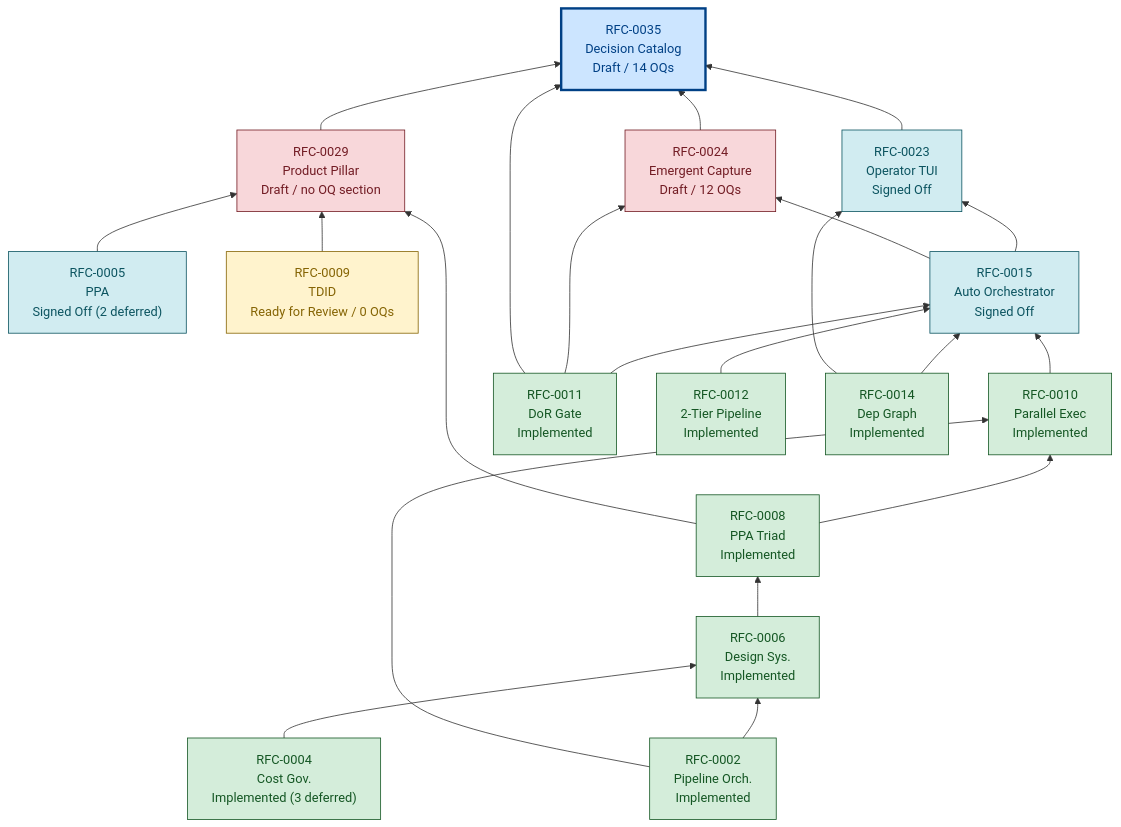
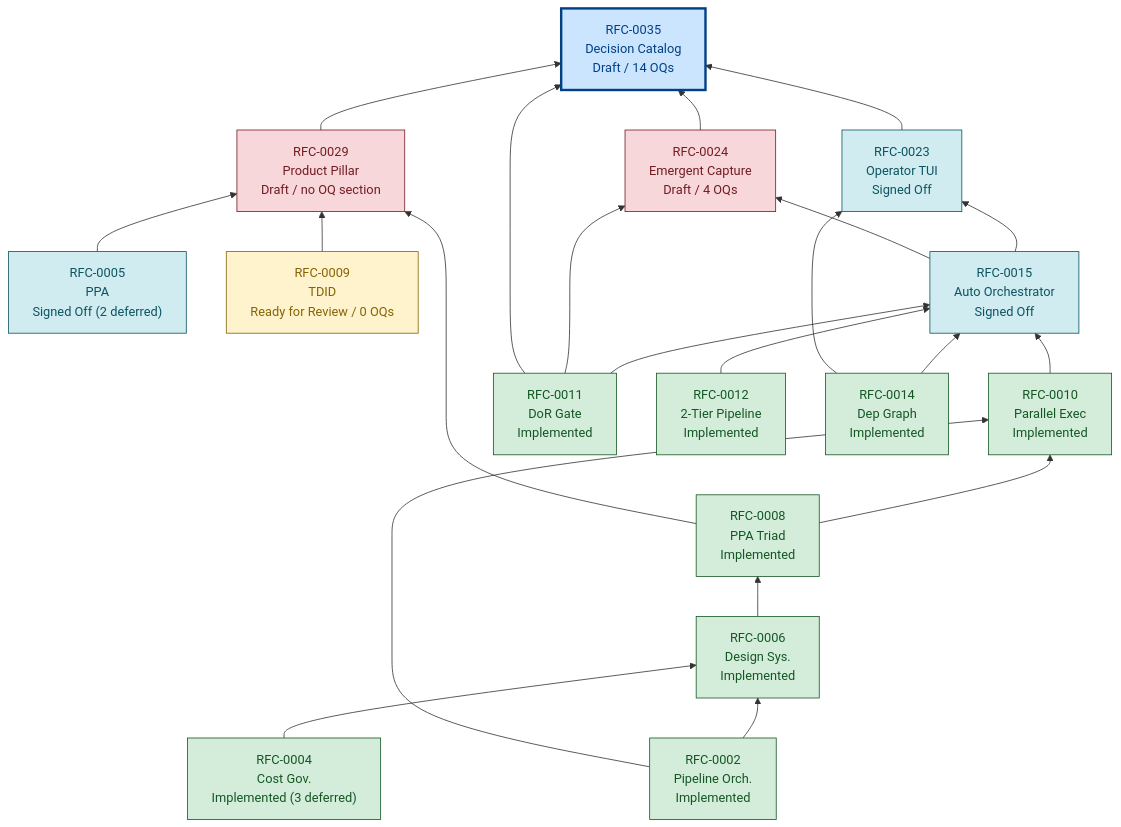
Before and after one commit to ai-sdlc-framework/ai-sdlc: the diagram in spec/rfcs/README.md, drawn with Mermaid. The commit also changed other lines of this file and 1 other file, not shown here.

````diff
--- a/spec/rfcs/README.md
+++ b/spec/rfcs/README.md
@@ -442,55 +443,55 @@
 ```mermaid
 graph BT
     %% Critical-path graph rooted at RFC-0035 (Decision Catalog)
     %% Edge direction: child requires parent (bottom-up)
     %% Color: green = design locked, blue = signed off, yellow = ready for review / 0 OQs draft, red = OQs open, bold = target
 
     RFC0002["RFC-0002<br/>Pipeline Orch.<br/>Implemented"]
     RFC0004["RFC-0004<br/>Cost Gov.<br/>Implemented (3 deferred)"]
     RFC0005["RFC-0005<br/>PPA<br/>Signed Off (2 deferred)"]
     RFC0006["RFC-0006<br/>Design Sys.<br/>Implemented"]
     RFC0008["RFC-0008<br/>PPA Triad<br/>Implemented"]
     RFC0009["RFC-0009<br/>TDID<br/>Ready for Review / 0 OQs"]
     RFC0010["RFC-0010<br/>Parallel Exec<br/>Implemented"]
     RFC0011["RFC-0011<br/>DoR Gate<br/>Implemented"]
     RFC0012["RFC-0012<br/>2-Tier Pipeline<br/>Implemented"]
     RFC0014["RFC-0014<br/>Dep Graph<br/>Implemented"]
     RFC0015["RFC-0015<br/>Auto Orchestrator<br/>Signed Off"]
     RFC0023["RFC-0023<br/>Operator TUI<br/>Signed Off"]
-    RFC0024["RFC-0024<br/>Emergent Capture<br/>Draft / 12 OQs"]
+    RFC0024["RFC-0024<br/>Emergent Capture<br/>Draft / 4 OQs"]
     RFC0029["RFC-0029<br/>Product Pillar<br/>Draft / no OQ section"]
     RFC0035["RFC-0035<br/>Decision Catalog<br/>Draft / 14 OQs"]
 
     RFC0002 --> RFC0006
     RFC0004 --> RFC0006
     RFC0006 --> RFC0008
     RFC0002 --> RFC0010
     RFC0008 --> RFC0010
     RFC0010 --> RFC0015
     RFC0011 --> RFC0015
     RFC0012 --> RFC0015
     RFC0014 --> RFC0015
     RFC0014 --> RFC0023
     RFC0015 --> RFC0023
     RFC0011 --> RFC0024
     RFC0015 --> RFC0024
     RFC0005 --> RFC0029
     RFC0008 --> RFC0029
     RFC0009 --> RFC0029
     RFC0011 --> RFC0035
     RFC0023 --> RFC0035
     RFC0024 --> RFC0035
     RFC0029 --> RFC0035
 
     classDef implemented fill:#d4edda,stroke:#155724,color:#155724
     classDef signedOff fill:#d1ecf1,stroke:#0c5460,color:#0c5460
     classDef readyOrZero fill:#fff3cd,stroke:#856404,color:#856404
     classDef draftOpen fill:#f8d7da,stroke:#721c24,color:#721c24
     classDef target fill:#cce5ff,stroke:#004085,color:#004085,stroke-width:3px
 
     class RFC0002,RFC0004,RFC0006,RFC0008,RFC0010,RFC0011,RFC0012,RFC0014 implemented
     class RFC0005,RFC0015,RFC0023 signedOff
     class RFC0009 readyOrZero
     class RFC0024,RFC0029 draftOpen
     class RFC0035 target
 ```
````
